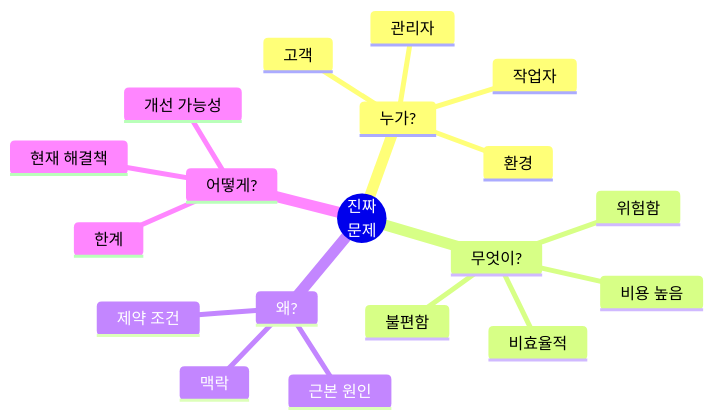
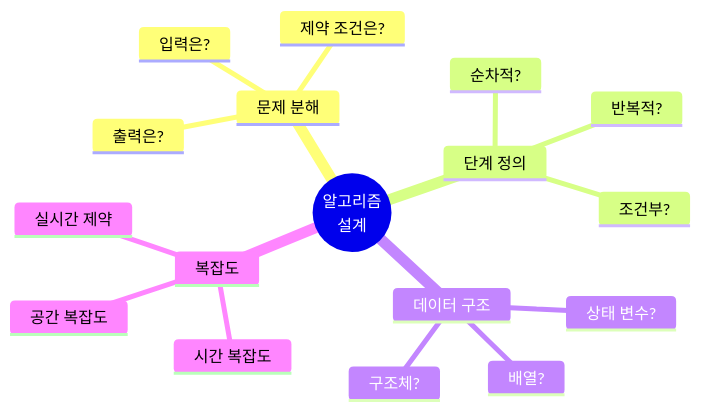
Before and after one commit to Collegenie-X/Smart_Factory_Arms_Project: the second of 10 diagrams in docs/03_바이브_코딩_가이드.md, drawn with Mermaid. The commit also changed other lines of this file and 17 other files, not shown here.

````diff
--- a/docs/03_바이브_코딩_가이드.md
+++ b/docs/03_바이브_코딩_가이드.md
@@ -33,22 +42,20 @@
 ```mermaid
 mindmap
-  root((진짜<br/>문제))
-    누가?
-      작업자
-      관리자
-      고객
-      환경
-    무엇이?
-      불편함
-      위험함
-      비효율적
-      비용 높음
-    왜?
-      근본 원인
-      맥락
-      제약 조건
-    어떻게?
-      현재 해결책
-      한계
-      개선 가능성
+  root((알고리즘<br/>설계))
+    문제 분해
+      입력은?
+      출력은?
+      제약 조건은?
+    단계 정의
+      순차적?
+      반복적?
+      조건부?
+    데이터 구조
+      배열?
+      구조체?
+      상태 변수?
+    복잡도
+      시간 복잡도
+      공간 복잡도
+      실시간 제약
 ```
````
